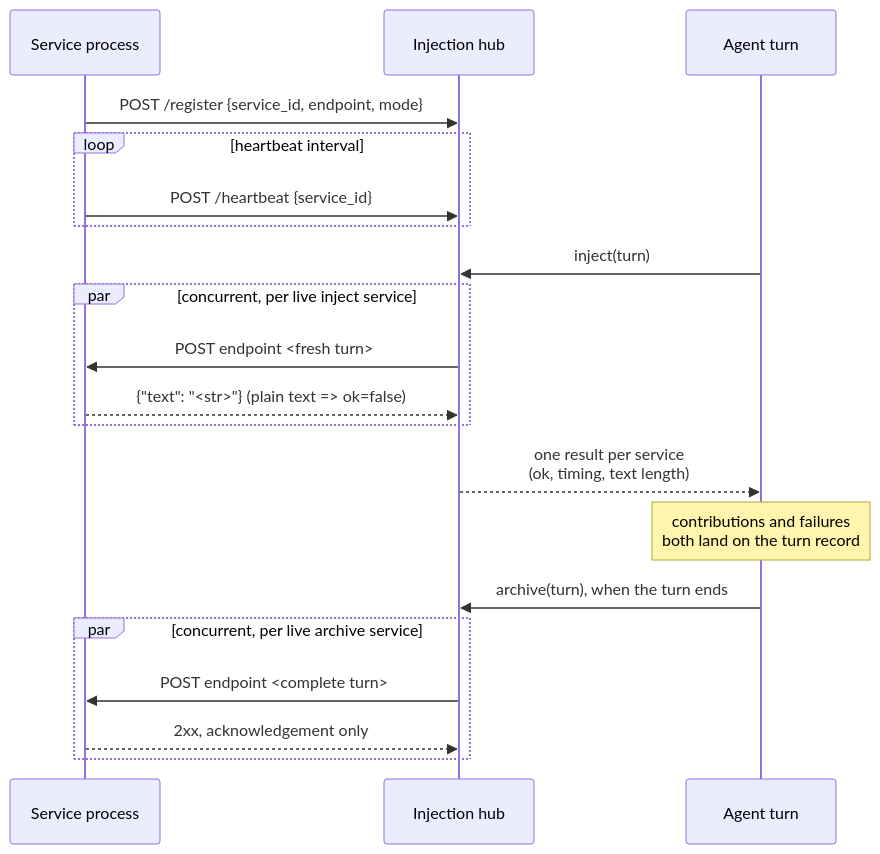
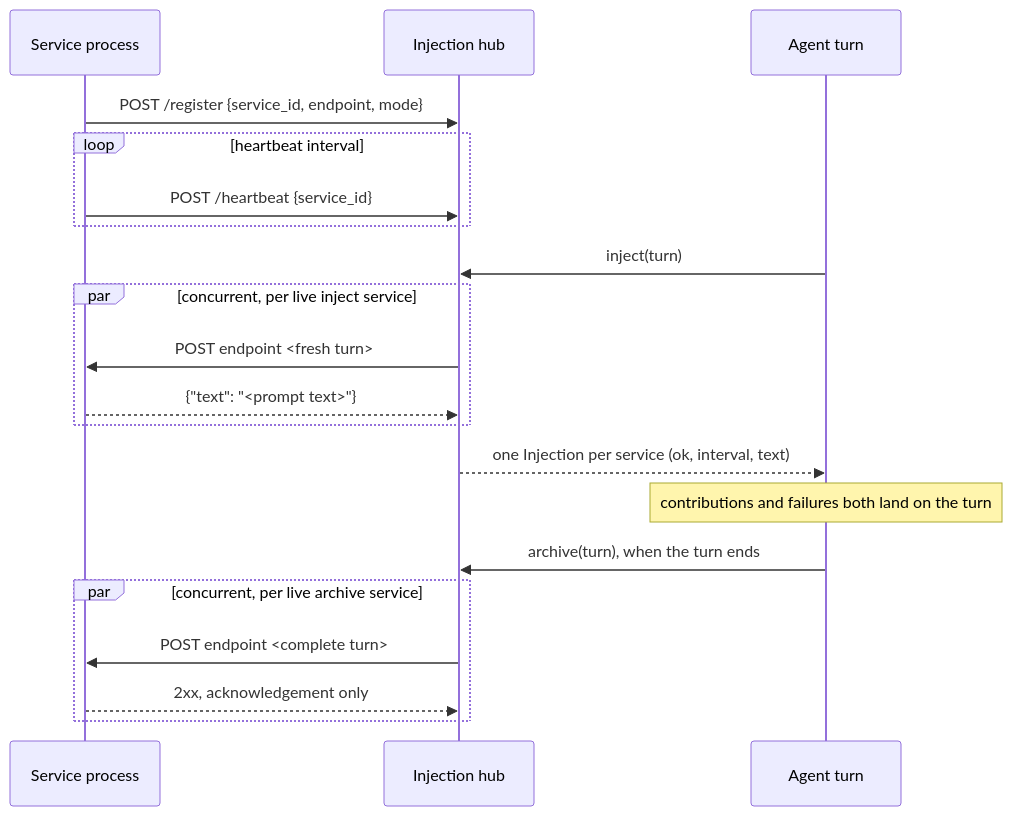
Before and after one commit to DarkSpaceY/NAN-itself: the sixth of 7 diagrams in docs/for-contributors/architecture.md, drawn with Mermaid. The commit also changed other lines of this file and 14 other files, not shown here.

````diff
--- a/docs/for-contributors/architecture.md
+++ b/docs/for-contributors/architecture.md
@@ -163,23 +408,23 @@
 ```mermaid
 sequenceDiagram
     participant S as Service process
     participant H as Injection hub
     participant A as Agent turn
 
     S->>H: POST /register {service_id, endpoint, mode}
     loop heartbeat interval
         S->>H: POST /heartbeat {service_id}
     end
     A->>H: inject(turn)
     par concurrent, per live inject service
         H->>S: POST endpoint <fresh turn>
-        S-->>H: {"text": "<str>"} (plain text => ok=false)
+        S-->>H: {"text": "<prompt text>"}
     end
-    H-->>A: one result per service<br/>(ok, timing, text length)
-    note over A: contributions and failures<br/>both land on the turn record
+    H-->>A: one Injection per service (ok, interval, text)
+    note over A: contributions and failures both land on the turn
     A->>H: archive(turn), when the turn ends
     par concurrent, per live archive service
         H->>S: POST endpoint <complete turn>
         S-->>H: 2xx, acknowledgement only
     end
 ```
````
